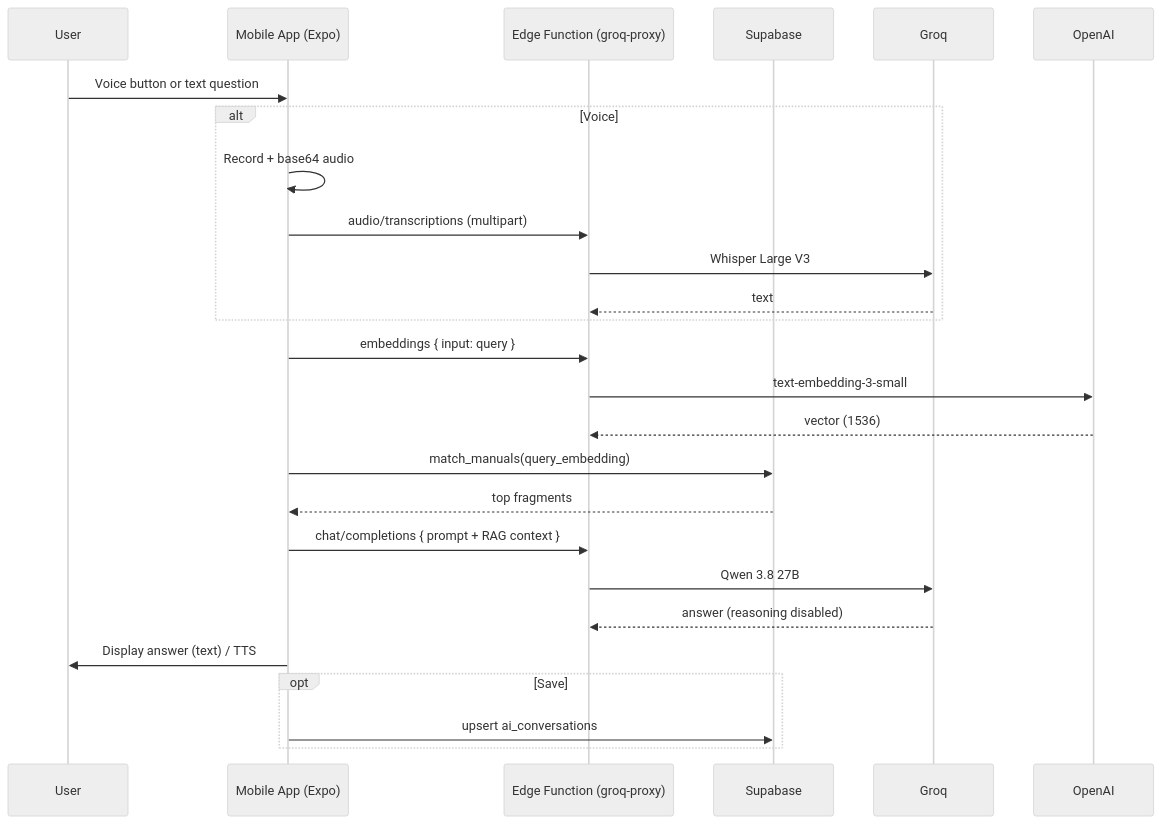
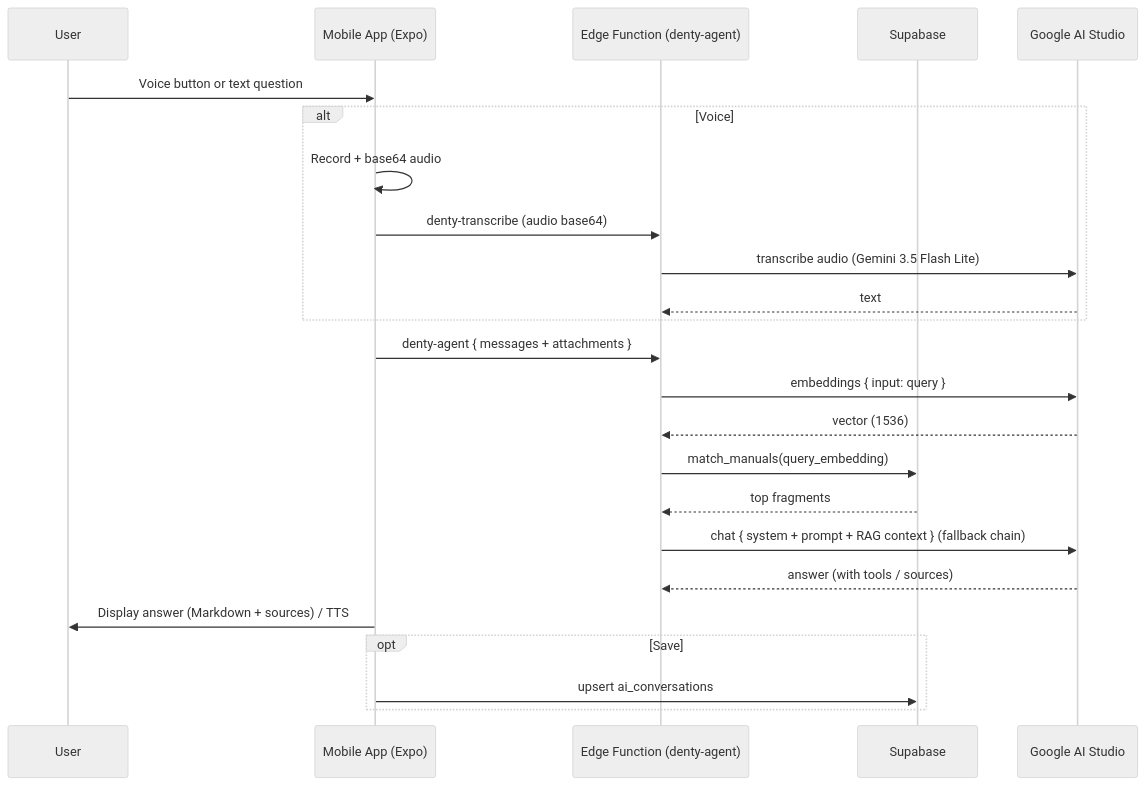
The second of 3 diagrams in PRD.md (garciadervin/dentify), drawn with Mermaid (neutral theme) before and after one commit. The commit also changed other lines of this file and 20 other files, not shown here.

First line of the commit message:
feat: chatbot migrado a Google AI Studio con fallback, voz Gemini y embeddings OpenAI

````diff
--- a/PRD.md
+++ b/PRD.md
@@ -288,29 +287,27 @@
 ```mermaid
 sequenceDiagram
     participant User
     participant MobileApp as Mobile App (Expo)
-    participant Edge as Edge Function (groq-proxy)
+    participant Edge as Edge Function (denty-agent)
     participant Supabase
-    participant Groq
-    participant OpenAI
+    participant Gemini as Google AI Studio
 
     User->>MobileApp: Voice button or text question
     alt Voice
         MobileApp->>MobileApp: Record + base64 audio
-        MobileApp->>Edge: audio/transcriptions (multipart)
-        Edge->>Groq: Whisper Large V3
-        Groq-->>Edge: text
+        MobileApp->>Edge: denty-transcribe (audio base64)
+        Edge->>Gemini: transcribe audio (Gemini 3.5 Flash Lite)
+        Gemini-->>Edge: text
     end
-    MobileApp->>Edge: embeddings { input: query }
-    Edge->>OpenAI: text-embedding-3-small
-    OpenAI-->>Edge: vector (1536)
-    MobileApp->>Supabase: match_manuals(query_embedding)
-    Supabase-->>MobileApp: top fragments
-    MobileApp->>Edge: chat/completions { prompt + RAG context }
-    Edge->>Groq: Qwen 3.8 27B
-    Groq-->>Edge: answer (reasoning disabled)
-    MobileApp->>User: Display answer (text) / TTS
+    MobileApp->>Edge: denty-agent { messages + attachments }
+    Edge->>Gemini: embeddings { input: query }
+    Gemini-->>Edge: vector (1536)
+    Edge->>Supabase: match_manuals(query_embedding)
+    Supabase-->>Edge: top fragments
+    Edge->>Gemini: chat { system + prompt + RAG context } (fallback chain)
+    Gemini-->>Edge: answer (with tools / sources)
+    MobileApp->>User: Display answer (Markdown + sources) / TTS
     opt Save
         MobileApp->>Supabase: upsert ai_conversations
     end
 ```
````
